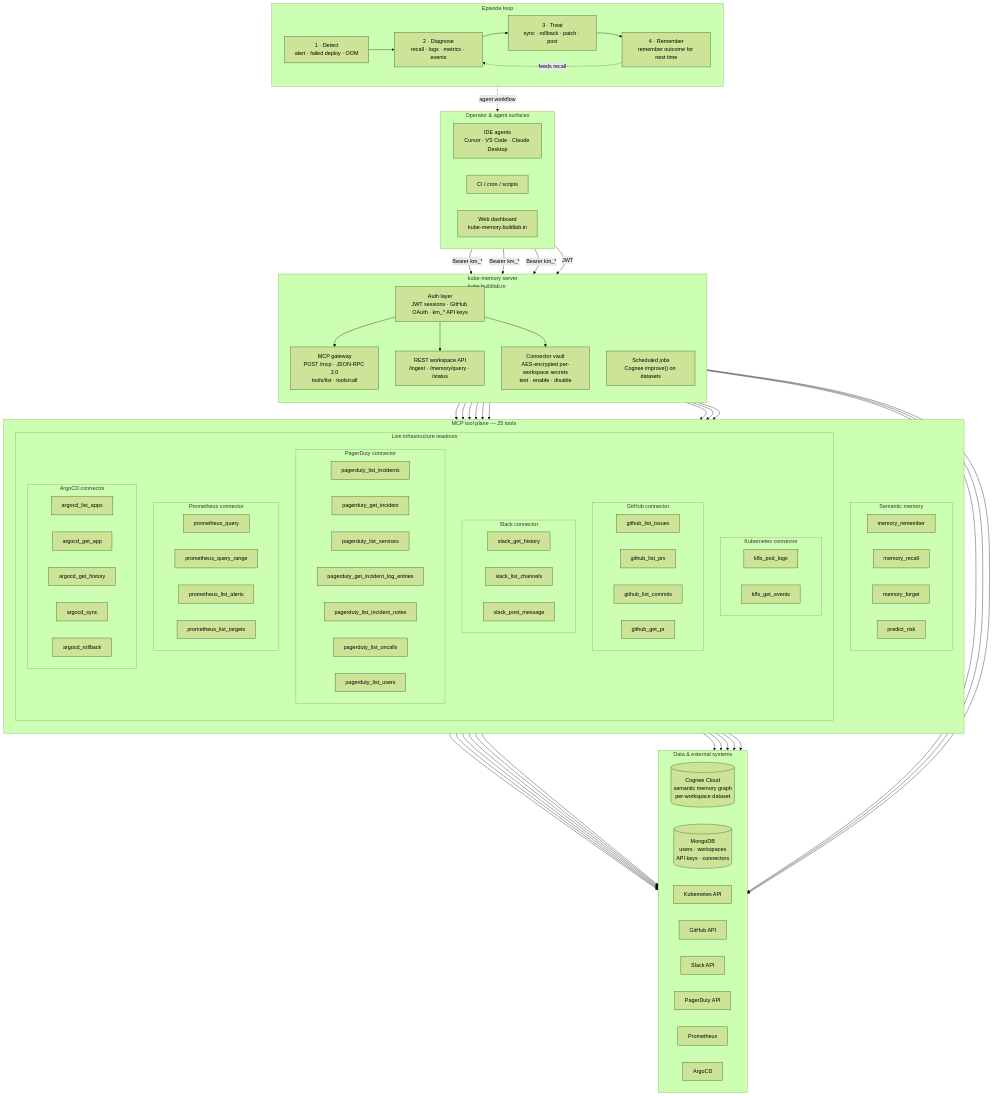
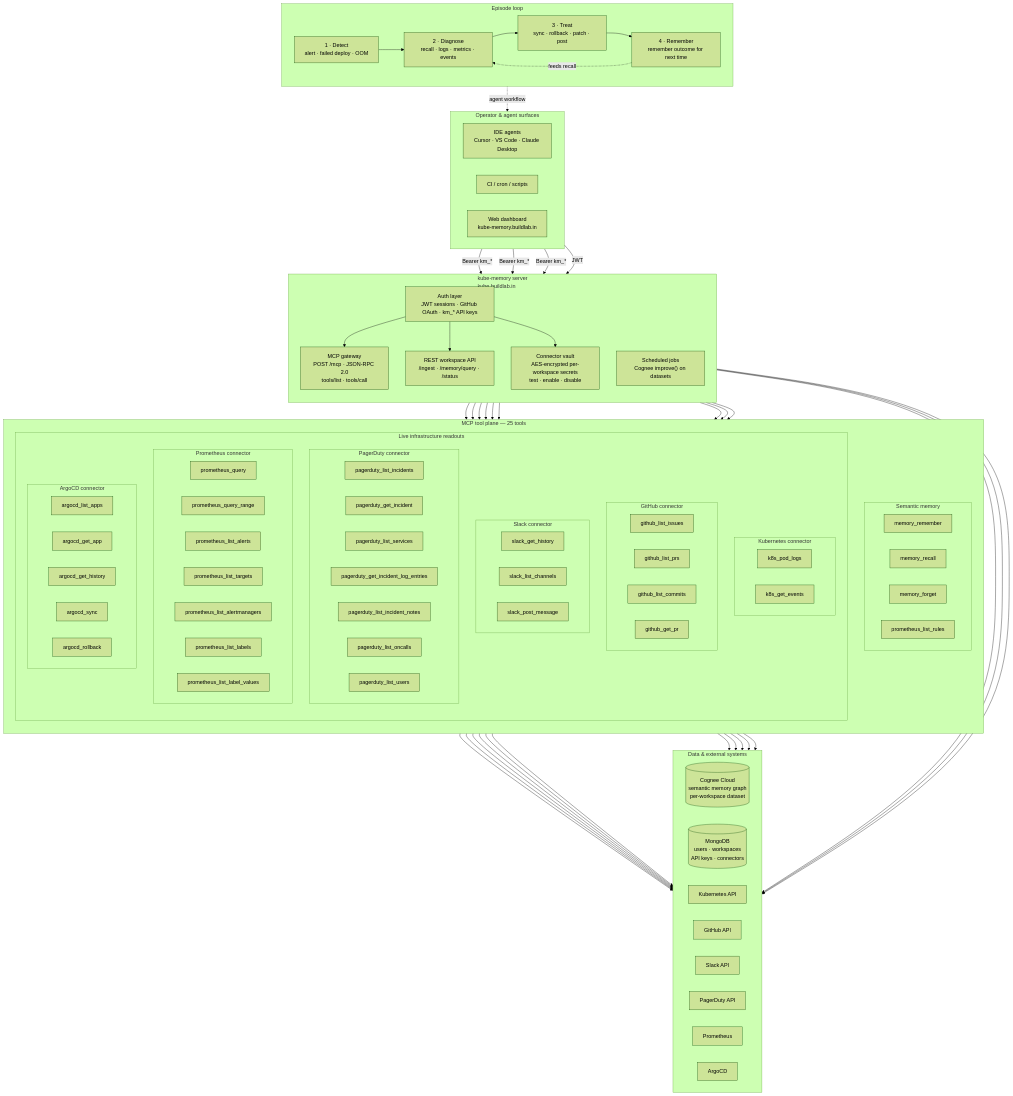
One commit to Abhishek-Mallick/kube-memory changed the diagram in README.md. Above: the diagram before and after it, drawn with Mermaid (forest theme). The commit also changed other lines of this file and 15 other files, not shown here.

Commit message:
feat: add new Prometheus tools for listing rules, alertmanagers, labels, and label values; update documentation and schemas

```diff
--- a/README.md
+++ b/README.md
@@ -225,6 +229,10 @@
         T_PQR["prometheus_query_range"]
         T_PA["prometheus_list_alerts"]
         T_PT["prometheus_list_targets"]
+        T_PR["prometheus_list_rules"]
+        T_PAM["prometheus_list_alertmanagers"]
+        T_PL["prometheus_list_labels"]
+        T_PLV["prometheus_list_label_values"]
       end
 
       subgraph Argo["ArgoCD connector"]
```
